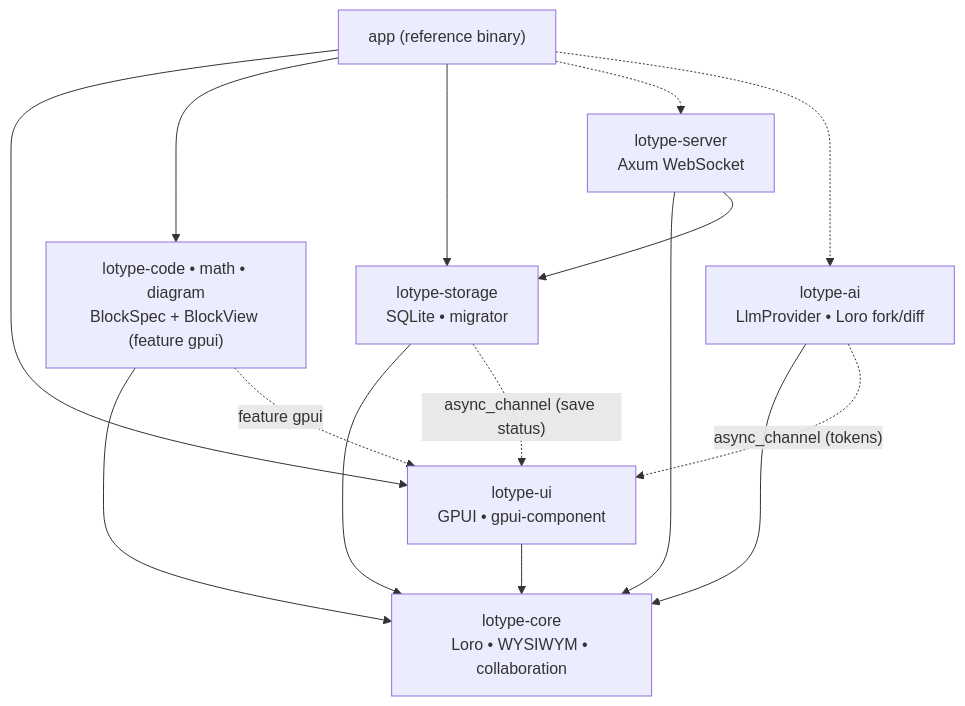
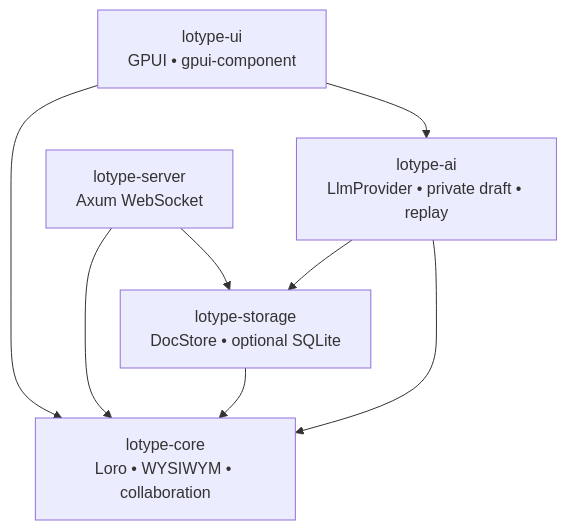
One commit to lotype/lotype changed the diagram in ARCHITECTURE.md. Above: the diagram before and after it, drawn with Mermaid. The commit also changed other lines of this file, not shown here.

First line of the commit message:
docs: describe the AI surfaces and what the code has today

````diff
--- a/ARCHITECTURE.md
+++ b/ARCHITECTURE.md
@@ -88,21 +95,13 @@
 ```mermaid
 flowchart TD
-    APP["app (reference binary)"]
     UI["lotype-ui<br/>GPUI • gpui-component"]
-    BLOCKS["lotype-code • math • diagram<br/>BlockSpec + BlockView (feature gpui)"]
     SERVER["lotype-server<br/>Axum WebSocket"]
-    STORAGE["lotype-storage<br/>SQLite • migrator"]
-    AI["lotype-ai<br/>LlmProvider • Loro fork/diff"]
+    STORAGE["lotype-storage<br/>DocStore • optional SQLite"]
+    AI["lotype-ai<br/>LlmProvider • private draft • replay"]
     CORE["lotype-core<br/>Loro • WYSIWYM • collaboration"]
 
-    APP --> UI & BLOCKS & STORAGE
-    APP -.-> SERVER & AI
-    UI --> CORE
-    BLOCKS --> CORE
-    BLOCKS -. "feature gpui" .-> UI
+    UI --> CORE & AI
     SERVER --> CORE & STORAGE
     STORAGE --> CORE
-    AI --> CORE
-    AI -. "async_channel (tokens)" .-> UI
-    STORAGE -. "async_channel (save status)" .-> UI
+    AI --> CORE & STORAGE
 ```
````
